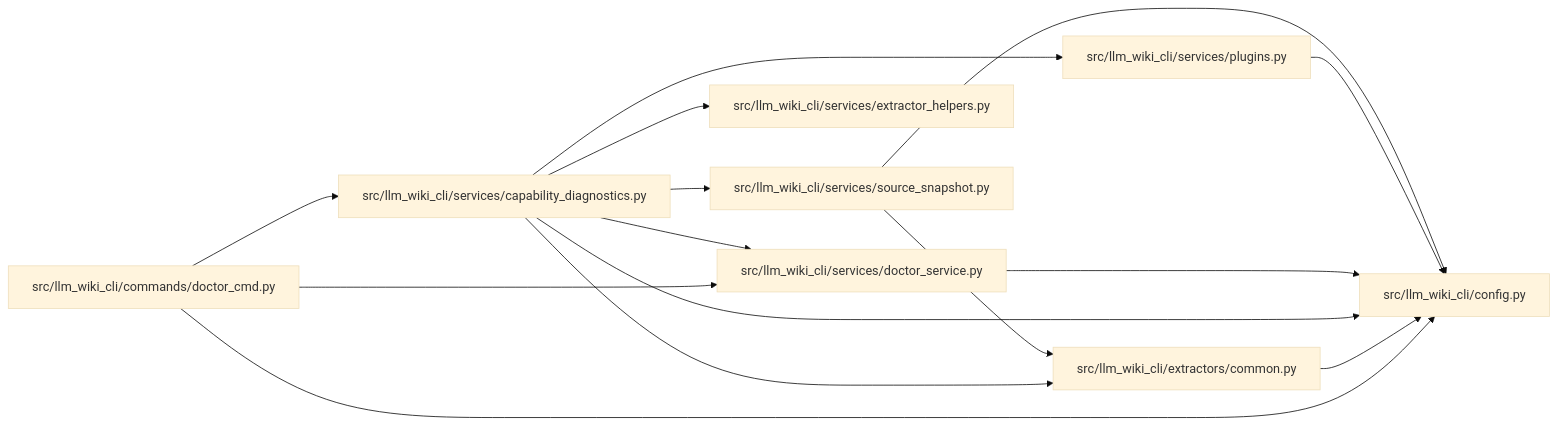
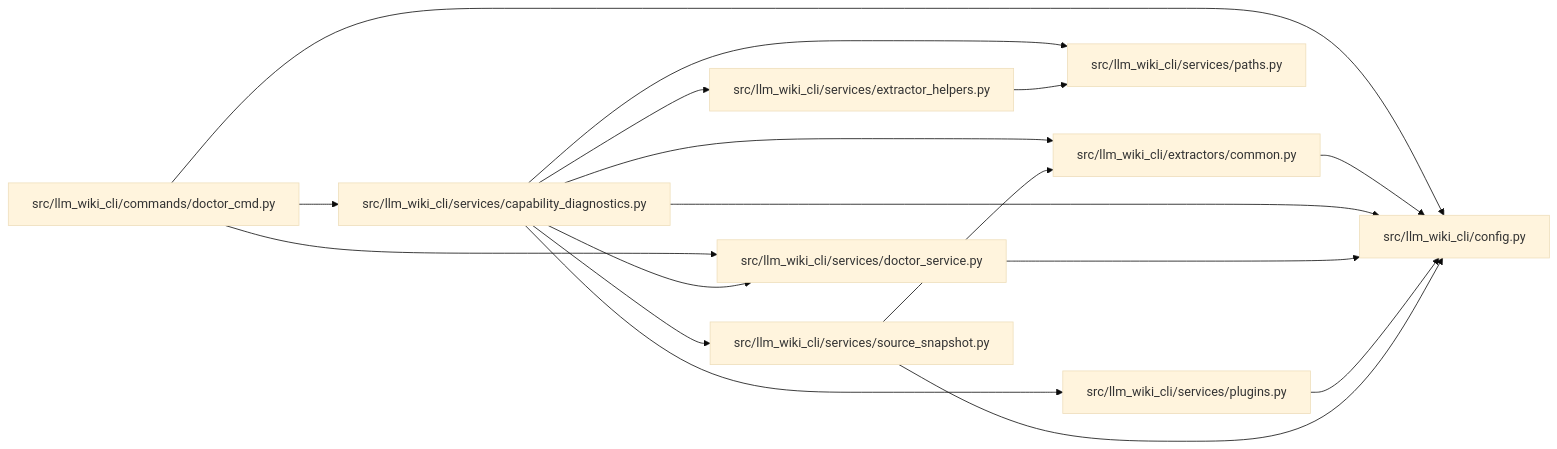
The diagram in docs/llm_wiki/modules/capability_diagnostics.md (Denissvgn/python-wiki-llm), drawn with Mermaid (base theme) before and after one commit. The commit also changed other lines of this file and 509 other files, not shown here.

````diff
--- a/docs/llm_wiki/modules/capability_diagnostics.md
+++ b/docs/llm_wiki/modules/capability_diagnostics.md
@@ -39,33 +39,37 @@
 ```mermaid
 flowchart LR
     n0["src/llm_wiki_cli/commands/doctor_cmd.py"]
     n1["src/llm_wiki_cli/config.py"]
     n2["src/llm_wiki_cli/extractors/common.py"]
     n3["src/llm_wiki_cli/services/capability_diagnostics.py"]
     n4["src/llm_wiki_cli/services/doctor_service.py"]
     n5["src/llm_wiki_cli/services/extractor_helpers.py"]
-    n6["src/llm_wiki_cli/services/plugins.py"]
-    n7["src/llm_wiki_cli/services/source_snapshot.py"]
+    n6["src/llm_wiki_cli/services/paths.py"]
+    n7["src/llm_wiki_cli/services/plugins.py"]
+    n8["src/llm_wiki_cli/services/source_snapshot.py"]
     n0 --> n1
     n0 --> n3
     n0 --> n4
     n2 --> n1
     n3 --> n1
     n3 --> n2
     n3 --> n4
     n3 --> n5
     n3 --> n6
     n3 --> n7
+    n3 --> n8
     n4 --> n1
-    n6 --> n1
+    n5 --> n6
     n7 --> n1
-    n7 --> n2
+    n8 --> n1
+    n8 --> n2
     click n0 "../modules/doctor_cmd.md"
     click n1 "../modules/config.md"
     click n2 "../modules/common.md"
     click n3 "../modules/capability_diagnostics.md"
     click n4 "../modules/doctor_service.md"
     click n5 "../modules/extractor_helpers.md"
-    click n6 "../modules/plugins.md"
-    click n7 "../modules/source_snapshot.md"
+    click n6 "../modules/paths.md"
+    click n7 "../modules/plugins.md"
+    click n8 "../modules/source_snapshot.md"
 ```
````
